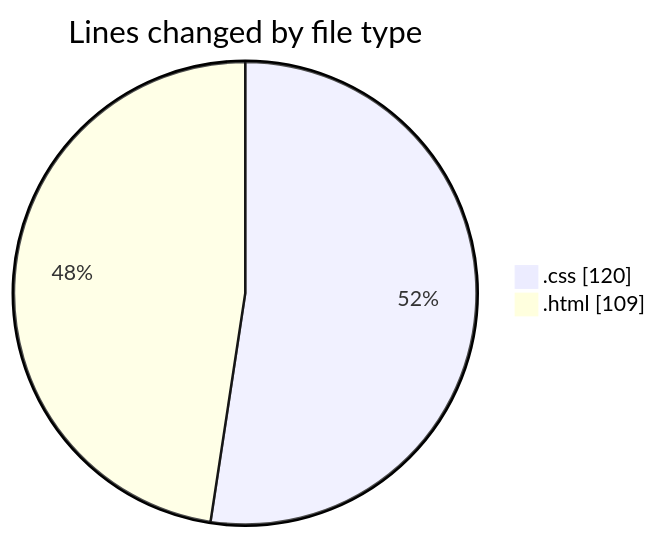
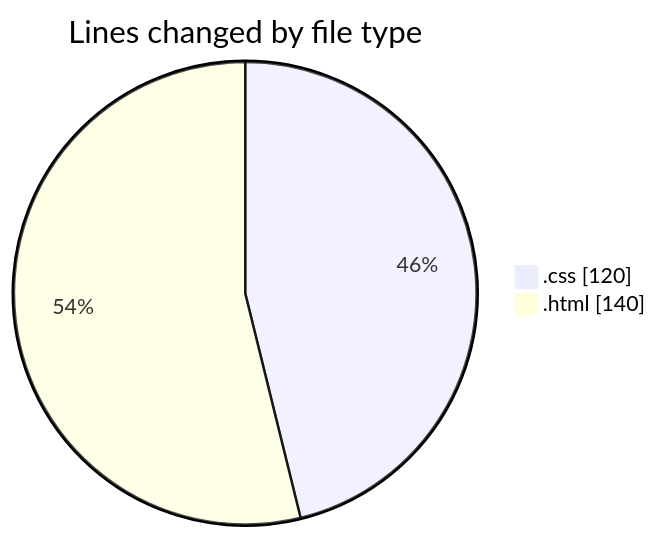
The first of 2 diagrams in 2025-02-07/recipe-page-main/README.md (NitaiMahat/code-tracking), drawn with Mermaid before and after one commit. The commit also changed other lines of this file and 1 other file, not shown here.

````diff
--- a/2025-02-07/recipe-page-main/README.md
+++ b/2025-02-07/recipe-page-main/README.md
@@ -21,6 +21,6 @@
 ```mermaid
 pie showData
 title Lines changed by file type
 ".css" : 120
-".html" : 109
+".html" : 140
 ```
````
